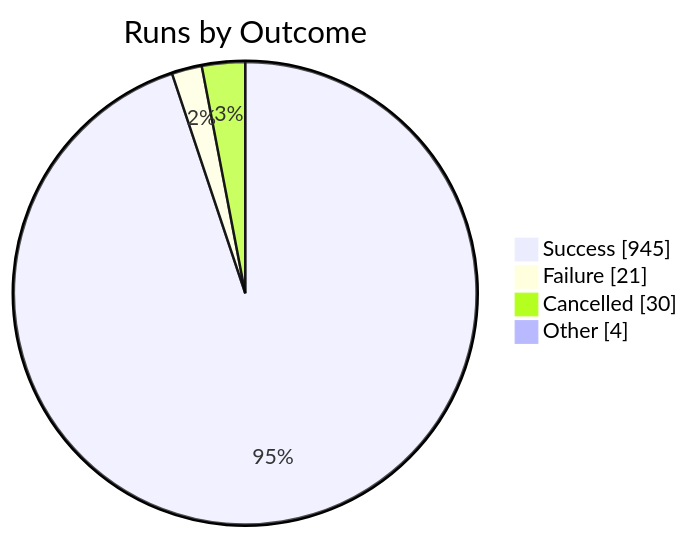
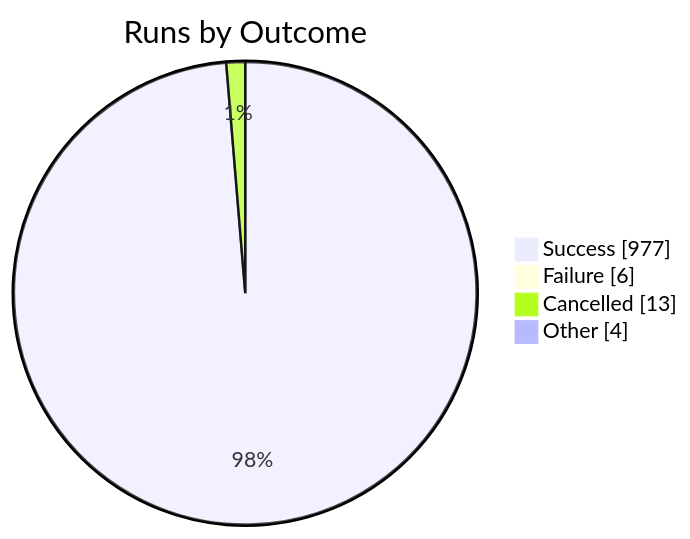
The first of 2 diagrams in apps/kbve/astro-kbve/src/content/docs/dashboard/ci-health.mdx (KBVE/kbve), drawn with Mermaid before and after one commit. The commit also changed other lines of this file and 1 other file, not shown here.

````diff
--- a/apps/kbve/astro-kbve/src/content/docs/dashboard/ci-health.mdx
+++ b/apps/kbve/astro-kbve/src/content/docs/dashboard/ci-health.mdx
@@ -189,8 +189,8 @@
 ```mermaid
 pie showData
     title Runs by Outcome
-    "Success" : 945
-    "Failure" : 21
-    "Cancelled" : 30
+    "Success" : 977
+    "Failure" : 6
+    "Cancelled" : 13
     "Other" : 4
 ```
````
